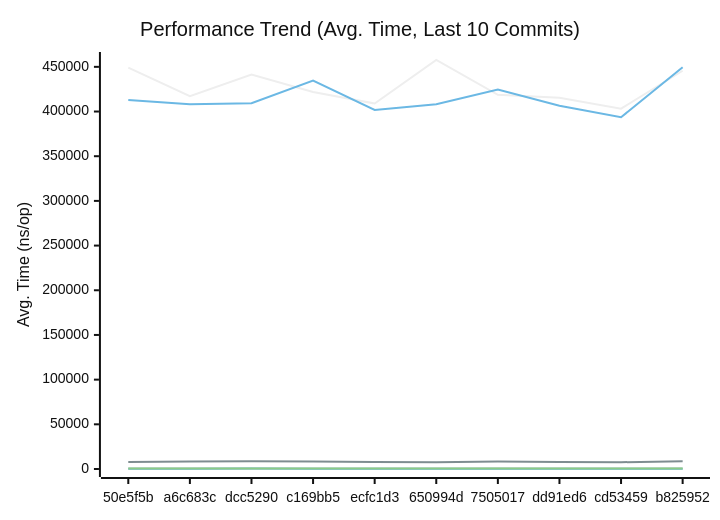
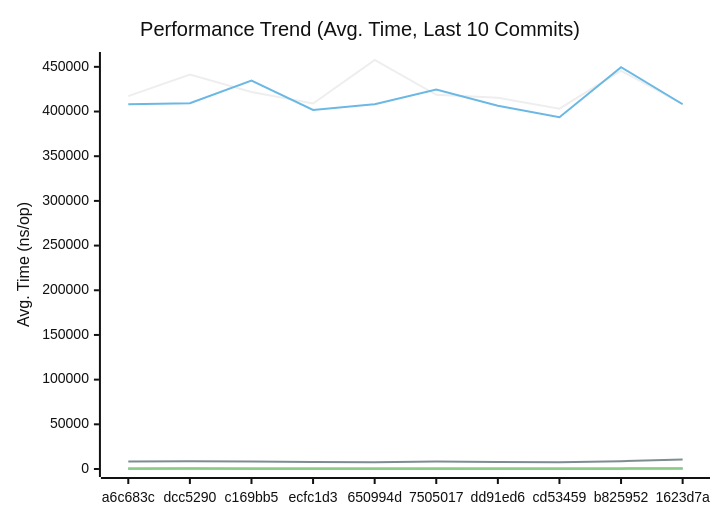
The first of 3 diagrams in docs/PERFORMANCE.md (alsotoes/momo), drawn with Mermaid (neutral theme) before and after one commit. The commit also changed other lines of this file and 3 other files, not shown here.

````diff
--- a/docs/PERFORMANCE.md
+++ b/docs/PERFORMANCE.md
@@ -145,20 +145,20 @@
 ```mermaid
 xychart-beta
     title "Performance Trend (Avg. Time, Last 10 Commits)"
     x-axis "Commit"
     y-axis "Avg. Time (ns/op)"
-    x-axis [50e5f5b,a6c683c,dcc5290,c169bb5,ecfc1d3,650994d,7505017,dd91ed6,cd53459,b825952]
-    line "AWSChunkedReaderSigned" [449225,417284,441285,421825,408990,457655,418649,415373,403249,445617]
-    line "AWSChunkedReaderUnsigned" [412879,408069,409317,434524,401783,408115,424530,406436,393596,449617]
-    line "CheckMetricsAndSwap" [8,8,8,8,8,8,8,7,8,8]
-    line "CrushOptimized" [304,305,316,338,304,306,309,294,287,358]
-    line "CrushOriginal" [434,425,445,417,407,394,422,407,389,441]
+    x-axis [a6c683c,dcc5290,c169bb5,ecfc1d3,650994d,7505017,dd91ed6,cd53459,b825952,1623d7a]
+    line "AWSChunkedReaderSigned" [417284,441285,421825,408990,457655,418649,415373,403249,445617,408424]
+    line "AWSChunkedReaderUnsigned" [408069,409317,434524,401783,408115,424530,406436,393596,449617,408148]
+    line "CheckMetricsAndSwap" [8,8,8,8,8,8,7,8,8,9]
+    line "CrushOptimized" [305,316,338,304,306,309,294,287,358,356]
+    line "CrushOriginal" [425,445,417,407,394,422,407,389,441,568]
     line "IndexDirectTracking" [0,0,0,0,0,0,0,0,0,0]
-    line "IndexSearch" [2,2,2,2,2,2,2,2,1,1]
-    line "LoadGlobalConfig" [7890,8368,8771,8344,7742,7670,8319,7911,7590,8718]
-    line "PadString" [39,40,45,41,40,38,40,39,36,44]
+    line "IndexSearch" [2,2,2,2,2,2,2,1,1,2]
+    line "LoadGlobalConfig" [8368,8771,8344,7742,7670,8319,7911,7590,8718,10767]
+    line "PadString" [40,45,41,40,38,40,39,36,44,55]
     line "ParseReplicationOrder_NoPrealloc" [350,349,357,354,345,225,229,165,232,234]
     line "ParseReplicationOrder_Prealloc" [229,231,237,234,229,108,107,80,110,109]
-    line "SanitizeLog/Safe" [390,419,504,229,396,398,416,401,396,419]
-    line "SanitizeLog/Unsafe" [504,506,501,678,514,487,506,541,482,602]
+    line "SanitizeLog/Safe" [419,504,229,396,398,416,401,396,419,499]
+    line "SanitizeLog/Unsafe" [506,501,678,514,487,506,541,482,602,485]
 ```
````
